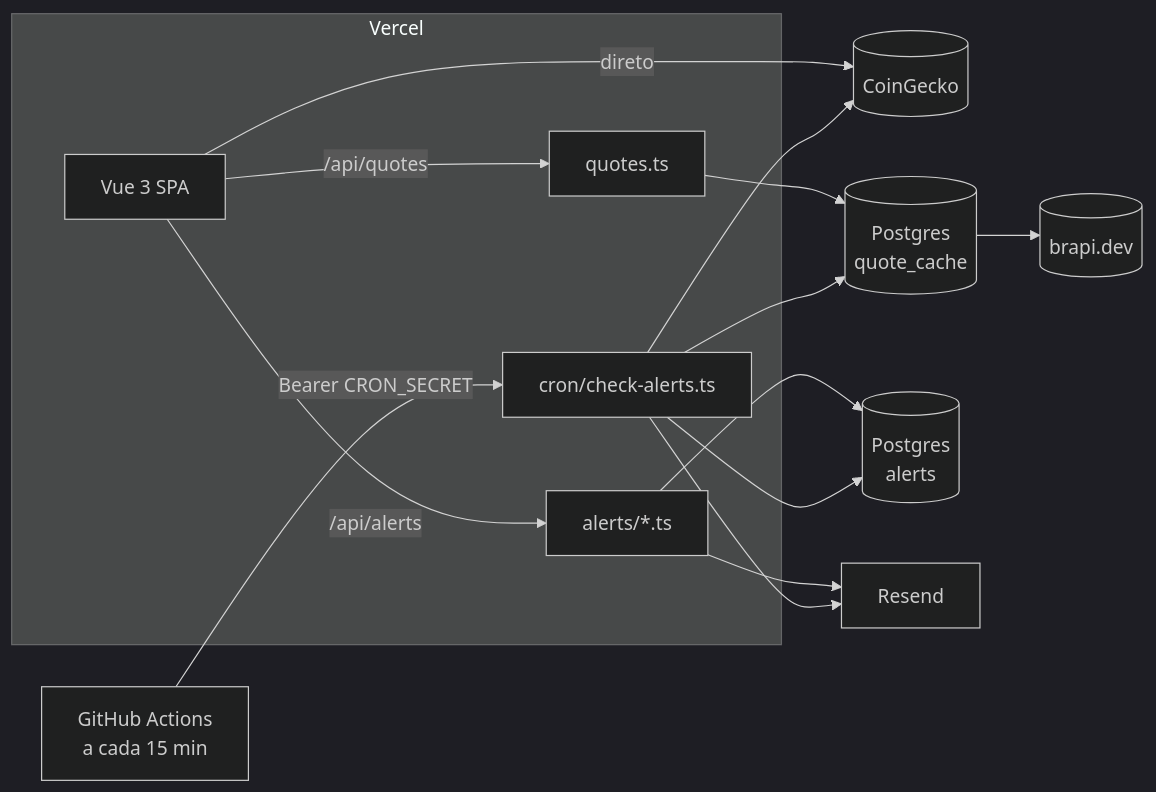
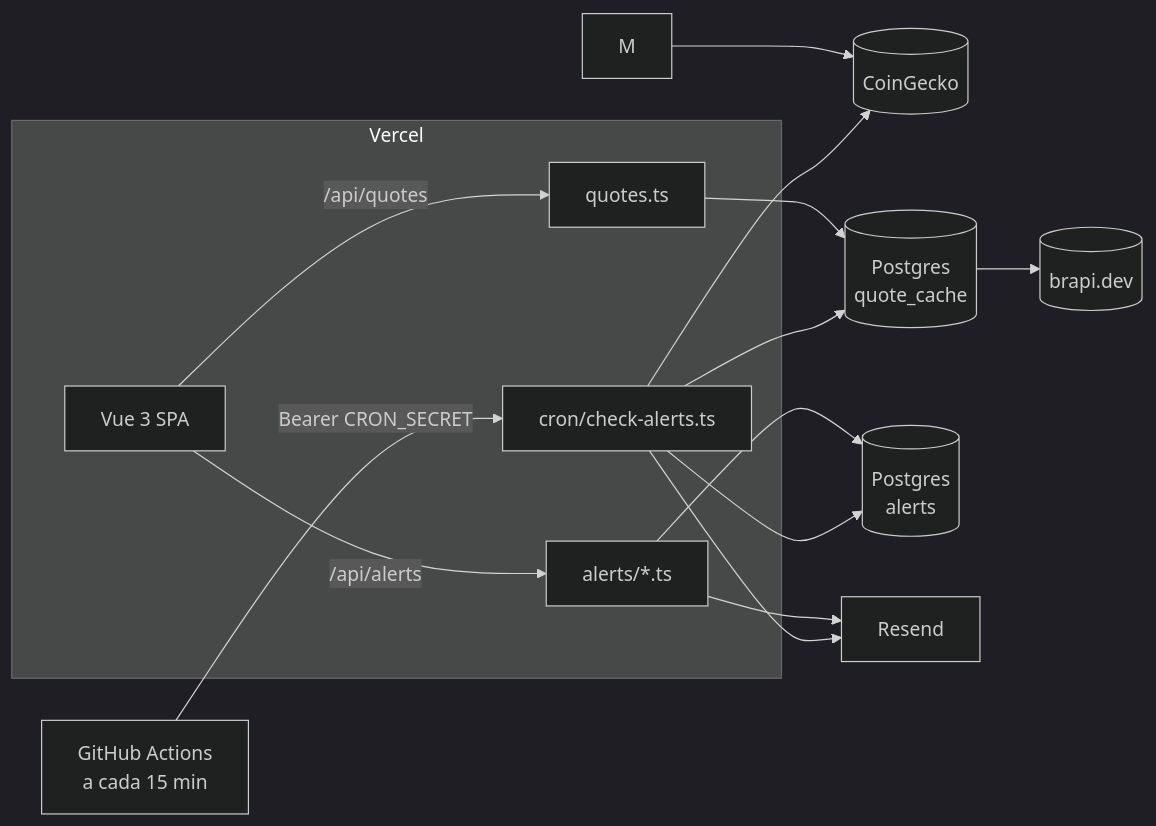
One commit to wallaceluis/coins-tracker changed the diagram in README.md. Above: the diagram before and after it, drawn with Mermaid (dark theme). The commit also changed other lines of this file and 6 other files, not shown here.

First line of the commit message:
feat: proxy CoinGecko through /api/markets so the key stays server-side

````diff
--- a/README.md
+++ b/README.md
@@ -39,15 +39,15 @@
 ```mermaid
 flowchart LR
   subgraph Vercel
     FE[Vue 3 SPA] -->|/api/quotes| Q[quotes.ts]
     FE -->|/api/alerts| A[alerts/*.ts]
     C[cron/check-alerts.ts]
   end
-  FE -->|direto| CG[(CoinGecko)]
+  M --> CG[(CoinGecko)]
   Q --> Cache[(Postgres<br/>quote_cache)] --> BR[(brapi.dev)]
   A --> DB[(Postgres<br/>alerts)]
   A --> RS[Resend]
   GH[GitHub Actions<br/>a cada 15 min] -->|Bearer CRON_SECRET| C
   C --> DB & CG & Cache
   C --> RS
 ```
````
